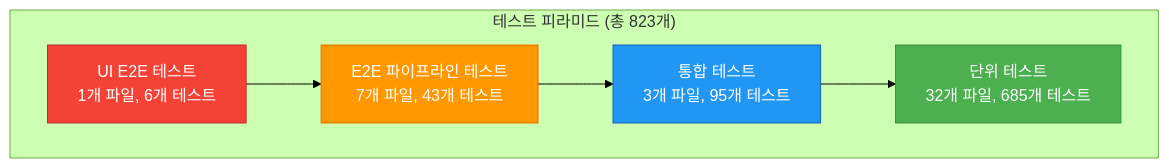
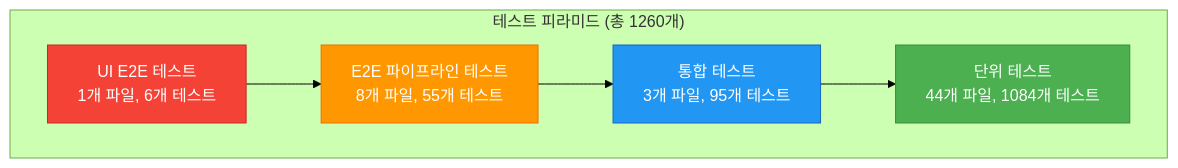
The diagram in docs/TESTING-GUIDE.ko.md (jedikim/web-agentic), drawn with Mermaid (forest theme) before and after one commit. The commit also changed other lines of this file and 5 other files, not shown here.

````diff
--- a/docs/TESTING-GUIDE.ko.md
+++ b/docs/TESTING-GUIDE.ko.md
@@ -25,18 +25,18 @@
 ```mermaid
 graph TD
-    subgraph pyramid["테스트 피라미드 (총 823개)"]
+    subgraph pyramid["테스트 피라미드 (총 1260개)"]
         UI["UI E2E 테스트<br/>1개 파일, 6개 테스트"]
-        E2E["E2E 파이프라인 테스트<br/>7개 파일, 43개 테스트"]
+        E2E["E2E 파이프라인 테스트<br/>8개 파일, 55개 테스트"]
         INT["통합 테스트<br/>3개 파일, 95개 테스트"]
-        UNIT["단위 테스트<br/>32개 파일, 685개 테스트"]
+        UNIT["단위 테스트<br/>44개 파일, 1084개 테스트"]
     end
 
     UI --> E2E
     E2E --> INT
     INT --> UNIT
 
     style UNIT fill:#4CAF50,color:#fff,stroke:#388E3C
     style INT fill:#2196F3,color:#fff,stroke:#1565C0
     style E2E fill:#FF9800,color:#fff,stroke:#EF6C00
     style UI fill:#F44336,color:#fff,stroke:#C62828
 ```
````
